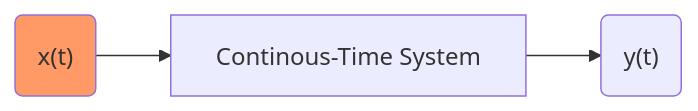
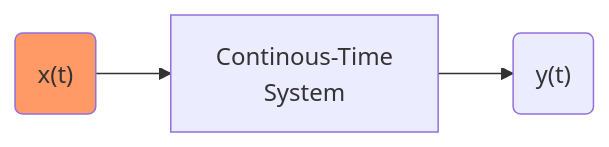
The diagram in signal-processing/kutz/README.md (setrar/dsp), drawn with Mermaid before and after one commit.

````diff
--- a/signal-processing/kutz/README.md
+++ b/signal-processing/kutz/README.md
@@ -50,7 +50,8 @@
 ```mermaid
 %%{init: {"flowchart": {"htmlLabels": false}} }%%
 flowchart LR
-    A("x(t)"):::someclass -->B[Continous-Time System]
+    A("x(t)"):::someclass -->B[Continous-Time
+                                System]
     B-->id("y(t)")
     classDef someclass fill:#f96
 ```
````
